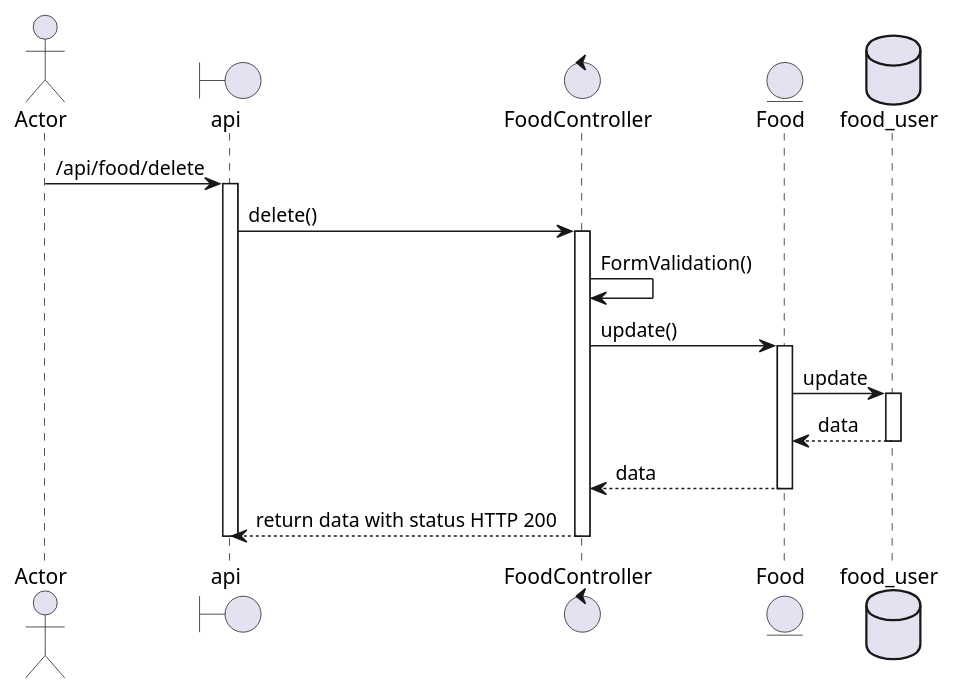
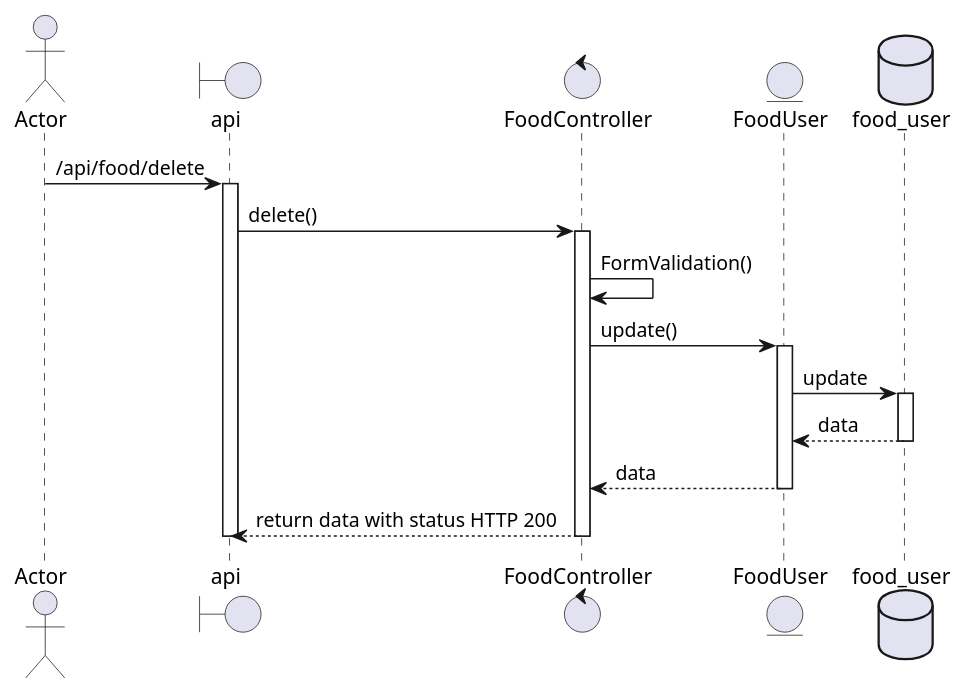
One commit to namoclopez2020/manzana-verde-test changed the diagram in public/images/diagrams/diagram_sequence_delete_food_of_user.plantuml. Above: the diagram before and after it, drawn with PlantUML. The commit also changed 8 other files, not shown here.

```diff
--- a/public/images/diagrams/diagram_sequence_delete_food_of_user.plantuml
+++ b/public/images/diagrams/diagram_sequence_delete_food_of_user.plantuml
@@ -1,25 +1,25 @@
 @startuml delete food assigned
 
 actor "Actor"
 boundary "api"
 control "FoodController"
-entity "Food"
+entity "FoodUser"
 database "food_user"
 
 "Actor" ->  "api" : /api/food/delete
 activate api
 "api" -> "FoodController" : delete()
 activate FoodController
 "FoodController" ->  "FoodController" : FormValidation()
-"FoodController" ->  "Food" : update()
-activate Food
-"Food" ->  "food_user" : update
+"FoodController" ->  "FoodUser" : update()
+activate FoodUser
+"FoodUser" ->  "food_user" : update
 activate food_user
-"food_user" --> "Food" : data
+"food_user" --> "FoodUser" : data
 deactivate food_user
-"Food" --> "FoodController": data
-deactivate Food
+"FoodUser" --> "FoodController": data
+deactivate FoodUser
 "FoodController" --> "api" : return data with status HTTP 200
 deactivate FoodController
 deactivate api
 @enduml
```
